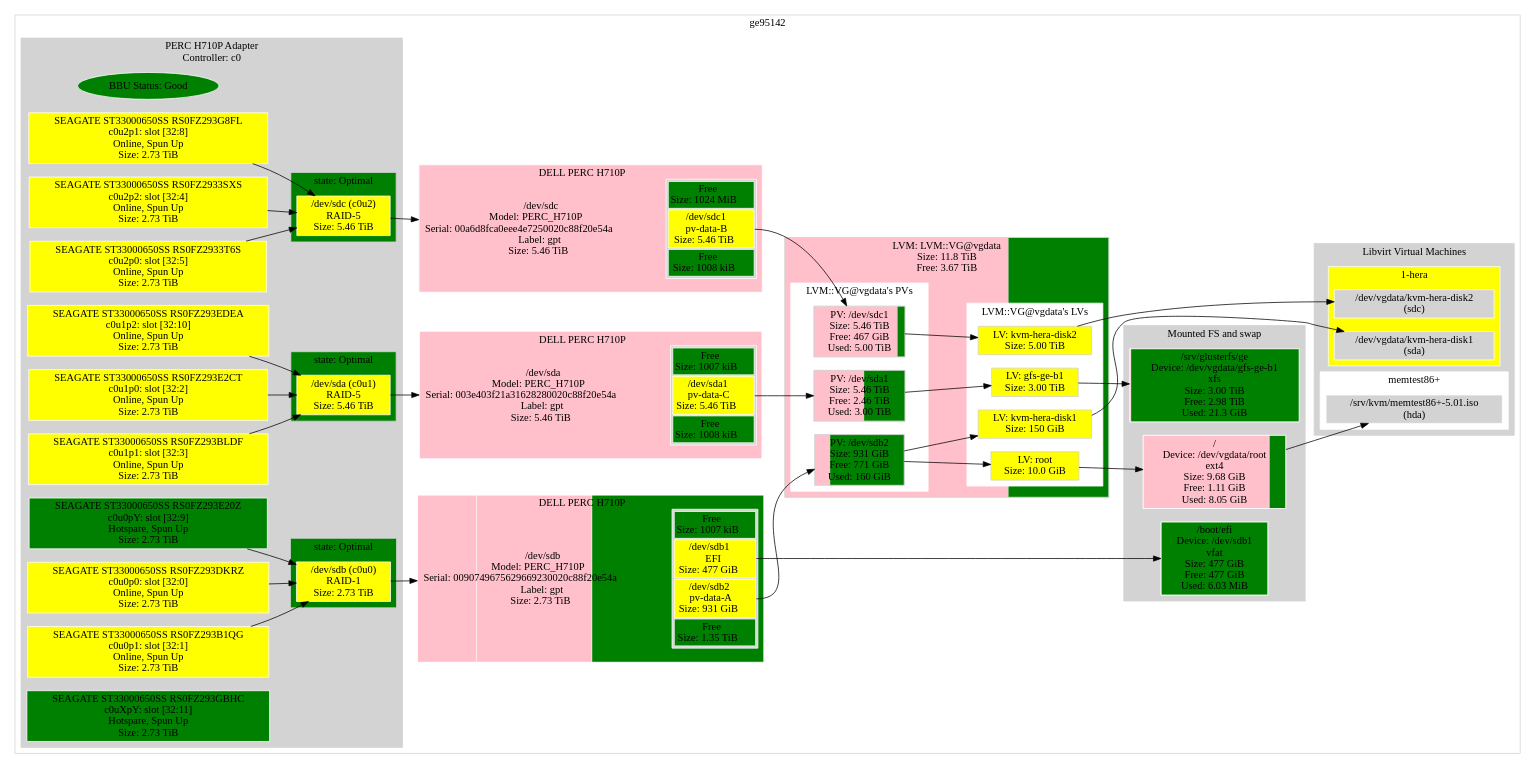
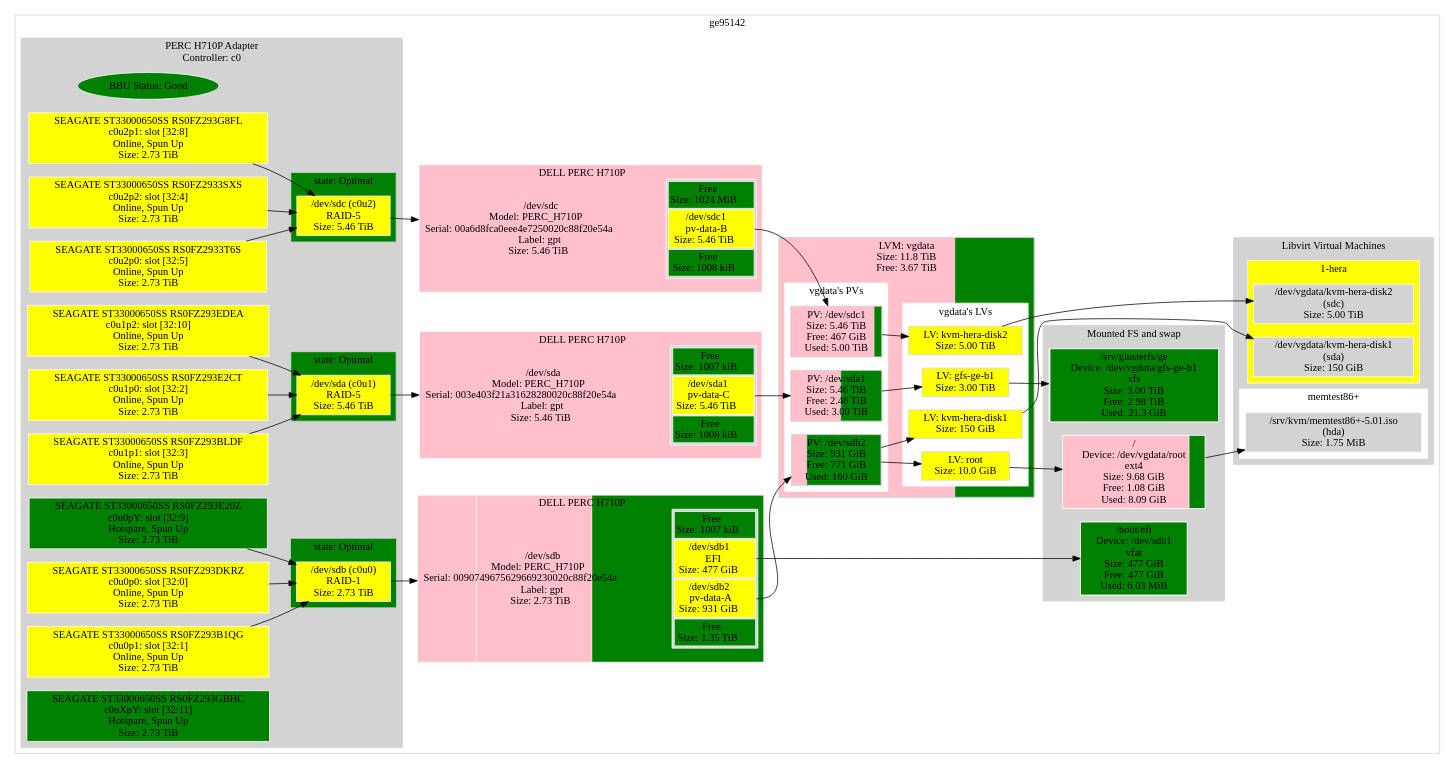
The diagram in distros/S/StorageDisplay/data/ge95142.ref.dot (metacpan/metacpan-cpan-extracted), drawn with Graphviz before and after one commit. The commit also changed 445 other files, not shown here.

```diff
--- a/distros/S/StorageDisplay/data/ge95142.ref.dot
+++ b/distros/S/StorageDisplay/data/ge95142.ref.dot
@@ -120,7 +120,7 @@
 						label="PV: /dev/sdc1\nSize: 5.46 TiB\nFree: 467 GiB\nUsed: 5.00 TiB";
 						style=striped;fillcolor="pink;0.916414.2:green"
 					]; }
-					label="LVM::VG@vgdata's PVs";
+					label="vgdata's PVs";
 				}
 				subgraph "cluster_machine@ge95142|LVM::VG@vgdata|::LVs" {
 					color=white;
@@ -141,9 +141,9 @@
 						label="LV: root\nSize: 10.0 GiB";
 						fillcolor="yellow"
 					]; }
-					label="LVM::VG@vgdata's LVs";
+					label="vgdata's LVs";
 				}
-				label="LVM: LVM::VG@vgdata\nSize: 11.8 TiB\nFree: 3.67 TiB";
+				label="LVM: vgdata\nSize: 11.8 TiB\nFree: 3.67 TiB";
 				style=striped;fillcolor="pink;0.689888.2:green"
 			}
 			subgraph "cluster_machine@ge95142|RAID::LSI::Megacli@0" {
@@ -235,8 +235,8 @@
 					style=striped;fillcolor="pink;0.006951.2:green"
 				]; }
 				{ "machine@ge95142|FS|::FS@/" [
-					label="/\nDevice: /dev/vgdata/root\next4\nSize: 9.68 GiB\nFree: 1.11 GiB\nUsed: 8.05 GiB";
-					style=striped;fillcolor="pink;0.885052.2:green"
+					label="/\nDevice: /dev/vgdata/root\next4\nSize: 9.68 GiB\nFree: 1.08 GiB\nUsed: 8.09 GiB";
+					style=striped;fillcolor="pink;0.888388.2:green"
 				]; }
 				{ "machine@ge95142|FS|::FS@/boot/efi" [
 					label="/boot/efi\nDevice: /dev/sdb1\nvfat\nSize: 477 GiB\nFree: 477 GiB\nUsed: 6.03 MiB";
@@ -257,25 +257,25 @@
 				color=lightgrey;
 				fillcolor=lightgrey;
 				node [style=filled,color=white,fillcolor=lightgrey,shape=rectangle];
+				subgraph "cluster_machine@ge95142|Libvirt|::VM@memtest86+" {
+					color=white;
+					fillcolor=white;
+					{ "machine@ge95142|Libvirt|::VM@memtest86+|::Block@hda" [
+						label="/srv/kvm/memtest86+-5.01.iso\n(hda)\nSize: 1.75 MiB";
+					]; }
+					label="memtest86+";
+				}
 				subgraph "cluster_machine@ge95142|Libvirt|::VM@1-hera" {
 					color=white;
 					fillcolor=white;
 					{ "machine@ge95142|Libvirt|::VM@1-hera|::Block@sda" [
-						label="/dev/vgdata/kvm-hera-disk1\n(sda)";
+						label="/dev/vgdata/kvm-hera-disk1\n(sda)\nSize: 150 GiB";
 					]; }
 					{ "machine@ge95142|Libvirt|::VM@1-hera|::Block@sdc" [
-						label="/dev/vgdata/kvm-hera-disk2\n(sdc)";
+						label="/dev/vgdata/kvm-hera-disk2\n(sdc)\nSize: 5.00 TiB";
 					]; }
 					label="1-hera";
 					fillcolor=yellow
-				}
-				subgraph "cluster_machine@ge95142|Libvirt|::VM@memtest86+" {
-					color=white;
-					fillcolor=white;
-					{ "machine@ge95142|Libvirt|::VM@memtest86+|::Block@hda" [
-						label="/srv/kvm/memtest86+-5.01.iso\n(hda)";
-					]; }
-					label="memtest86+";
 				}
 				label="Libvirt Virtual Machines";
 			}
@@ -295,6 +295,12 @@
 			"machine@ge95142|RAID::LSI::Megacli@0|::RawDevice@LSI@c0u0pY" -> "machine@ge95142|RAID::LSI::Megacli@0|::State@sdb|::RaidDevice@sdb"
 			"machine@ge95142|RAID::LSI::Megacli@0|::RawDevice@LSI@c0u1p2" -> "machine@ge95142|RAID::LSI::Megacli@0|::State@sda|::RaidDevice@sda"
 			
+			// Links from Libvirt::VM::Block@hda
+			// SOURCE LINK: memtest86+ 1839104 (hda) "machine@ge95142|Libvirt|::VM@memtest86+|::Block@hda"
+			// Links from Libvirt::VM::Block@sda
+			// SOURCE LINK: 1-hera 161061273600 (sda) "machine@ge95142|Libvirt|::VM@1-hera|::Block@sda"
+			// Links from Libvirt::VM::Block@sdc
+			// SOURCE LINK: 1-hera 5497558138880 (sdc) "machine@ge95142|Libvirt|::VM@1-hera|::Block@sdc"
 			// Links for Partition::GPT@sda
 			"machine@ge95142|RAID::LSI::Megacli@0|::State@sda|::RaidDevice@sda" -> "machine@ge95142|Partition::GPT@sda"
 			// Links for Partition::GPT@sda
@@ -363,6 +369,10 @@
 			// Links for FS::FS@/boot/efi
 			// Links for FS::AllSWAP@@FS@SWAP
 			// Links for Libvirt Virtual Machines
+			// Links for Libvirt::VM@memtest86+
+			// Links for Libvirt::VM::Block@hda
+			"machine@ge95142|FS|::FS@/" -> "machine@ge95142|Libvirt|::VM@memtest86+|::Block@hda"
+			// Links for Libvirt::VM::Block@hda
 			// Links for Libvirt::VM@1-hera
 			// Links for Libvirt::VM::Block@sda
 			"machine@ge95142|LVM::VG@vgdata|::LVs|::LV@kvm-hera-disk1" -> "machine@ge95142|Libvirt|::VM@1-hera|::Block@sda"
@@ -370,10 +380,6 @@
 			// Links for Libvirt::VM::Block@sdc
 			"machine@ge95142|LVM::VG@vgdata|::LVs|::LV@kvm-hera-disk2" -> "machine@ge95142|Libvirt|::VM@1-hera|::Block@sdc"
 			// Links for Libvirt::VM::Block@sdc
-			// Links for Libvirt::VM@memtest86+
-			// Links for Libvirt::VM::Block@hda
-			"machine@ge95142|FS|::FS@/" -> "machine@ge95142|Libvirt|::VM@memtest86+|::Block@hda"
-			// Links for Libvirt::VM::Block@hda
 		label="ge95142";
 	}
 } // FOOTER: MACHINE
```
